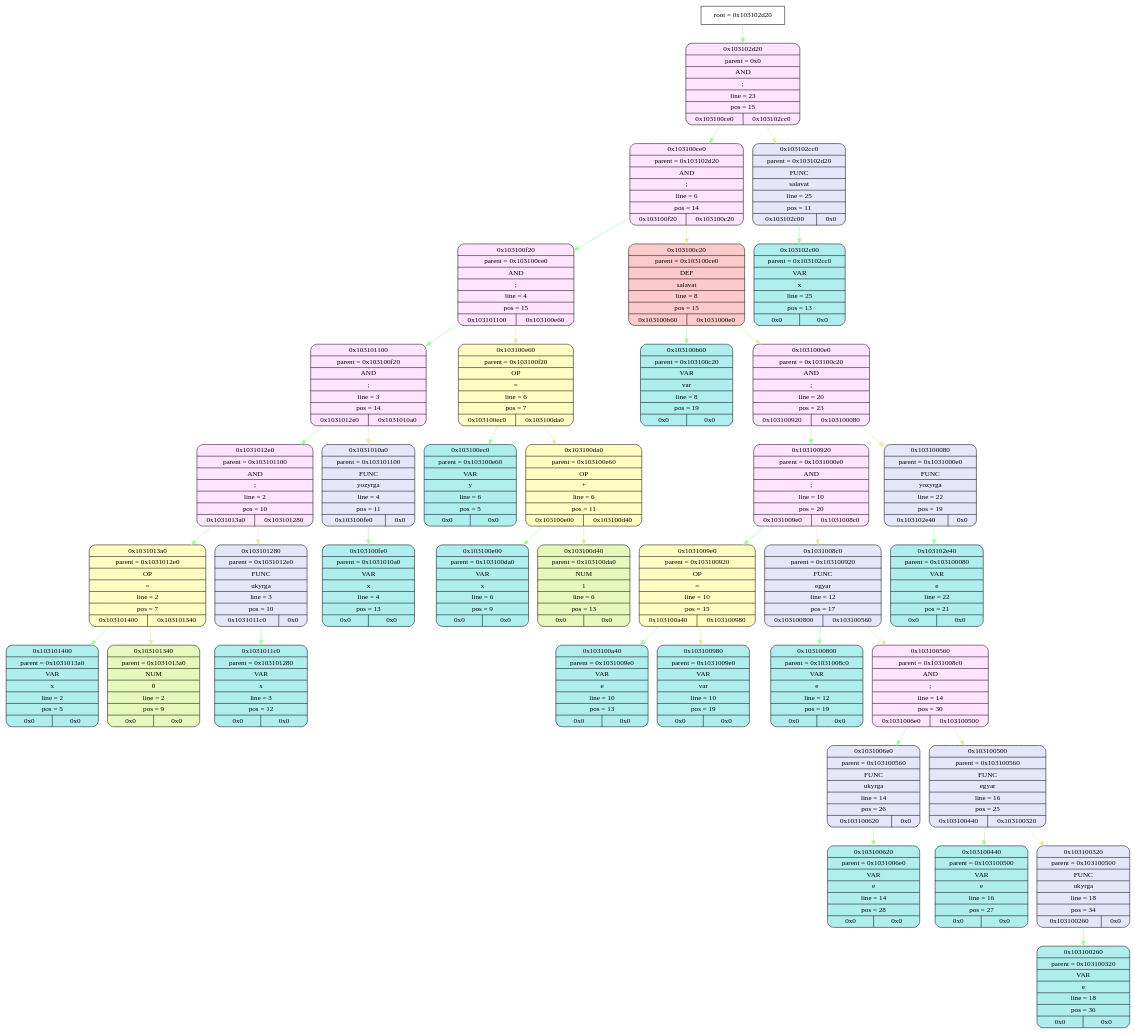
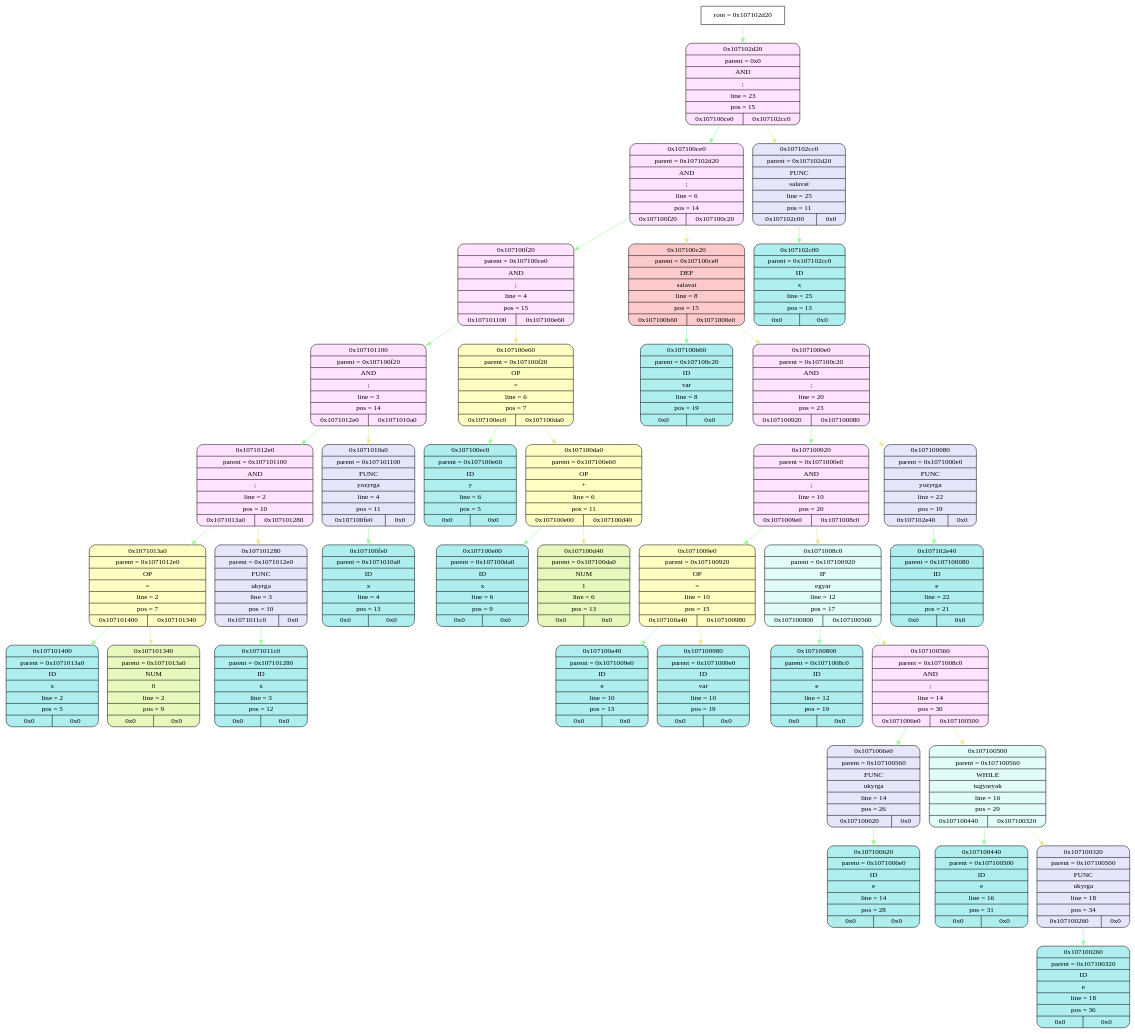
The diagram in frontend/tmp/graphviz.dot (esgalimov/language), drawn with Graphviz before and after one commit. The commit also changed 10 other files, not shown here.

```diff
--- a/frontend/tmp/graphviz.dot
+++ b/frontend/tmp/graphviz.dot
@@ -1,116 +1,116 @@
 digraph
 {
-    node_info[shape = record, label = "{root = 0x103102d20}"];
+    node_info[shape = record, label = "{root = 0x107102d20}"];
 
-    node_info->node_0x103102d20 [color = "#98FB98"];
-    node_0x103102d20[shape = Mrecord, label = "{{0x103102d20} | {parent =  0x0} | {AND} | {;} | {line = 23} | {pos = 15} | {0x103100ce0 | 0x103102cc0}}",
-                style="filled", fillcolor="#FFE3FF"];
-    node_0x103100ce0[shape = Mrecord, label = "{{0x103100ce0} | {parent =  0x103102d20} | {AND} | {;} | {line = 6} | {pos = 14} | {0x103100f20 | 0x103100c20}}",
-                style="filled", fillcolor="#FFE3FF"];
-    node_0x103100f20[shape = Mrecord, label = "{{0x103100f20} | {parent =  0x103100ce0} | {AND} | {;} | {line = 4} | {pos = 15} | {0x103101100 | 0x103100e60}}",
-                style="filled", fillcolor="#FFE3FF"];
-    node_0x103101100[shape = Mrecord, label = "{{0x103101100} | {parent =  0x103100f20} | {AND} | {;} | {line = 3} | {pos = 14} | {0x1031012e0 | 0x1031010a0}}",
-                style="filled", fillcolor="#FFE3FF"];
-    node_0x1031012e0[shape = Mrecord, label = "{{0x1031012e0} | {parent =  0x103101100} | {AND} | {;} | {line = 2} | {pos = 10} | {0x1031013a0 | 0x103101280}}",
-                style="filled", fillcolor="#FFE3FF"];
-    node_0x1031013a0[shape = Mrecord, label = "{{0x1031013a0} | {parent =  0x1031012e0} | {OP} | {=} | {line = 2} | {pos = 7} | {0x103101400 | 0x103101340}}",
-                style="filled", fillcolor="#FFFDC2"];
-    node_0x103101400[shape = Mrecord, label = "{{0x103101400} | {parent =  0x1031013a0} | {VAR} | {x} | {line = 2} | {pos = 5} | {0x0 | 0x0}}",
-                style="filled", fillcolor="#AFEEEE"];
-    node_0x103101340[shape = Mrecord, label = "{{0x103101340} | {parent =  0x1031013a0} | {NUM} | {0} | {line = 2} | {pos = 9} | {0x0 | 0x0}}",
+    node_info->node_0x107102d20 [color = "#98FB98"];
+    node_0x107102d20[shape = Mrecord, label = "{{0x107102d20} | {parent =  0x0} | {AND} | {;} | {line = 23} | {pos = 15} | {0x107100ce0 | 0x107102cc0}}",
+                                        style="filled", fillcolor="#FFE3FF"];
+    node_0x107100ce0[shape = Mrecord, label = "{{0x107100ce0} | {parent =  0x107102d20} | {AND} | {;} | {line = 6} | {pos = 14} | {0x107100f20 | 0x107100c20}}",
+                                        style="filled", fillcolor="#FFE3FF"];
+    node_0x107100f20[shape = Mrecord, label = "{{0x107100f20} | {parent =  0x107100ce0} | {AND} | {;} | {line = 4} | {pos = 15} | {0x107101100 | 0x107100e60}}",
+                                        style="filled", fillcolor="#FFE3FF"];
+    node_0x107101100[shape = Mrecord, label = "{{0x107101100} | {parent =  0x107100f20} | {AND} | {;} | {line = 3} | {pos = 14} | {0x1071012e0 | 0x1071010a0}}",
+                                        style="filled", fillcolor="#FFE3FF"];
+    node_0x1071012e0[shape = Mrecord, label = "{{0x1071012e0} | {parent =  0x107101100} | {AND} | {;} | {line = 2} | {pos = 10} | {0x1071013a0 | 0x107101280}}",
+                                        style="filled", fillcolor="#FFE3FF"];
+    node_0x1071013a0[shape = Mrecord, label = "{{0x1071013a0} | {parent =  0x1071012e0} | {OP} | {=} | {line = 2} | {pos = 7} | {0x107101400 | 0x107101340}}",
+                                        style="filled", fillcolor="#FFFDC2"];
+    node_0x107101400[shape = Mrecord, label = "{{0x107101400} | {parent =  0x1071013a0} | {ID} | {x} | {line = 2} | {pos = 5} | {0x0 | 0x0}}",
+                                        style="filled", fillcolor="#AFEEEE"];
+    node_0x107101340[shape = Mrecord, label = "{{0x107101340} | {parent =  0x1071013a0} | {NUM} | {0} | {line = 2} | {pos = 9} | {0x0 | 0x0}}",
                 style="filled", fillcolor="#E7F8BC"];
-    node_0x103101280[shape = Mrecord, label = "{{0x103101280} | {parent =  0x1031012e0} | {FUNC} | {ukyrga} | {line = 3} | {pos = 10} | {0x1031011c0 | 0x0}}",
-                style="filled", fillcolor="#E6E6FA"];
-    node_0x1031011c0[shape = Mrecord, label = "{{0x1031011c0} | {parent =  0x103101280} | {VAR} | {x} | {line = 3} | {pos = 12} | {0x0 | 0x0}}",
-                style="filled", fillcolor="#AFEEEE"];
-    node_0x1031010a0[shape = Mrecord, label = "{{0x1031010a0} | {parent =  0x103101100} | {FUNC} | {yozyrga} | {line = 4} | {pos = 11} | {0x103100fe0 | 0x0}}",
-                style="filled", fillcolor="#E6E6FA"];
-    node_0x103100fe0[shape = Mrecord, label = "{{0x103100fe0} | {parent =  0x1031010a0} | {VAR} | {x} | {line = 4} | {pos = 13} | {0x0 | 0x0}}",
-                style="filled", fillcolor="#AFEEEE"];
-    node_0x103100e60[shape = Mrecord, label = "{{0x103100e60} | {parent =  0x103100f20} | {OP} | {=} | {line = 6} | {pos = 7} | {0x103100ec0 | 0x103100da0}}",
-                style="filled", fillcolor="#FFFDC2"];
-    node_0x103100ec0[shape = Mrecord, label = "{{0x103100ec0} | {parent =  0x103100e60} | {VAR} | {y} | {line = 6} | {pos = 5} | {0x0 | 0x0}}",
-                style="filled", fillcolor="#AFEEEE"];
-    node_0x103100da0[shape = Mrecord, label = "{{0x103100da0} | {parent =  0x103100e60} | {OP} | {+} | {line = 6} | {pos = 11} | {0x103100e00 | 0x103100d40}}",
-                style="filled", fillcolor="#FFFDC2"];
-    node_0x103100e00[shape = Mrecord, label = "{{0x103100e00} | {parent =  0x103100da0} | {VAR} | {x} | {line = 6} | {pos = 9} | {0x0 | 0x0}}",
-                style="filled", fillcolor="#AFEEEE"];
-    node_0x103100d40[shape = Mrecord, label = "{{0x103100d40} | {parent =  0x103100da0} | {NUM} | {1} | {line = 6} | {pos = 13} | {0x0 | 0x0}}",
+    node_0x107101280[shape = Mrecord, label = "{{0x107101280} | {parent =  0x1071012e0} | {FUNC} | {ukyrga} | {line = 3} | {pos = 10} | {0x1071011c0 | 0x0}}",
+                                        style="filled", fillcolor="#E6E6FA"];
+    node_0x1071011c0[shape = Mrecord, label = "{{0x1071011c0} | {parent =  0x107101280} | {ID} | {x} | {line = 3} | {pos = 12} | {0x0 | 0x0}}",
+                                        style="filled", fillcolor="#AFEEEE"];
+    node_0x1071010a0[shape = Mrecord, label = "{{0x1071010a0} | {parent =  0x107101100} | {FUNC} | {yozyrga} | {line = 4} | {pos = 11} | {0x107100fe0 | 0x0}}",
+                                        style="filled", fillcolor="#E6E6FA"];
+    node_0x107100fe0[shape = Mrecord, label = "{{0x107100fe0} | {parent =  0x1071010a0} | {ID} | {x} | {line = 4} | {pos = 13} | {0x0 | 0x0}}",
+                                        style="filled", fillcolor="#AFEEEE"];
+    node_0x107100e60[shape = Mrecord, label = "{{0x107100e60} | {parent =  0x107100f20} | {OP} | {=} | {line = 6} | {pos = 7} | {0x107100ec0 | 0x107100da0}}",
+                                        style="filled", fillcolor="#FFFDC2"];
+    node_0x107100ec0[shape = Mrecord, label = "{{0x107100ec0} | {parent =  0x107100e60} | {ID} | {y} | {line = 6} | {pos = 5} | {0x0 | 0x0}}",
+                                        style="filled", fillcolor="#AFEEEE"];
+    node_0x107100da0[shape = Mrecord, label = "{{0x107100da0} | {parent =  0x107100e60} | {OP} | {+} | {line = 6} | {pos = 11} | {0x107100e00 | 0x107100d40}}",
+                                        style="filled", fillcolor="#FFFDC2"];
+    node_0x107100e00[shape = Mrecord, label = "{{0x107100e00} | {parent =  0x107100da0} | {ID} | {x} | {line = 6} | {pos = 9} | {0x0 | 0x0}}",
+                                        style="filled", fillcolor="#AFEEEE"];
+    node_0x107100d40[shape = Mrecord, label = "{{0x107100d40} | {parent =  0x107100da0} | {NUM} | {1} | {line = 6} | {pos = 13} | {0x0 | 0x0}}",
                 style="filled", fillcolor="#E7F8BC"];
-    node_0x103100c20[shape = Mrecord, label = "{{0x103100c20} | {parent =  0x103100ce0} | {DEF} | {salavat} | {line = 8} | {pos = 15} | {0x103100b60 | 0x1031000e0}}",
-                style="filled", fillcolor="#FCCACA"];
-    node_0x103100b60[shape = Mrecord, label = "{{0x103100b60} | {parent =  0x103100c20} | {VAR} | {var} | {line = 8} | {pos = 19} | {0x0 | 0x0}}",
-                style="filled", fillcolor="#AFEEEE"];
-    node_0x1031000e0[shape = Mrecord, label = "{{0x1031000e0} | {parent =  0x103100c20} | {AND} | {;} | {line = 20} | {pos = 23} | {0x103100920 | 0x103100080}}",
-                style="filled", fillcolor="#FFE3FF"];
-    node_0x103100920[shape = Mrecord, label = "{{0x103100920} | {parent =  0x1031000e0} | {AND} | {;} | {line = 10} | {pos = 20} | {0x1031009e0 | 0x1031008c0}}",
-                style="filled", fillcolor="#FFE3FF"];
-    node_0x1031009e0[shape = Mrecord, label = "{{0x1031009e0} | {parent =  0x103100920} | {OP} | {=} | {line = 10} | {pos = 15} | {0x103100a40 | 0x103100980}}",
-                style="filled", fillcolor="#FFFDC2"];
-    node_0x103100a40[shape = Mrecord, label = "{{0x103100a40} | {parent =  0x1031009e0} | {VAR} | {e} | {line = 10} | {pos = 13} | {0x0 | 0x0}}",
-                style="filled", fillcolor="#AFEEEE"];
-    node_0x103100980[shape = Mrecord, label = "{{0x103100980} | {parent =  0x1031009e0} | {VAR} | {var} | {line = 10} | {pos = 19} | {0x0 | 0x0}}",
-                style="filled", fillcolor="#AFEEEE"];
-    node_0x1031008c0[shape = Mrecord, label = "{{0x1031008c0} | {parent =  0x103100920} | {FUNC} | {egyar} | {line = 12} | {pos = 17} | {0x103100800 | 0x103100560}}",
-                style="filled", fillcolor="#E6E6FA"];
-    node_0x103100800[shape = Mrecord, label = "{{0x103100800} | {parent =  0x1031008c0} | {VAR} | {e} | {line = 12} | {pos = 19} | {0x0 | 0x0}}",
-                style="filled", fillcolor="#AFEEEE"];
-    node_0x103100560[shape = Mrecord, label = "{{0x103100560} | {parent =  0x1031008c0} | {AND} | {;} | {line = 14} | {pos = 30} | {0x1031006e0 | 0x103100500}}",
-                style="filled", fillcolor="#FFE3FF"];
-    node_0x1031006e0[shape = Mrecord, label = "{{0x1031006e0} | {parent =  0x103100560} | {FUNC} | {ukyrga} | {line = 14} | {pos = 26} | {0x103100620 | 0x0}}",
-                style="filled", fillcolor="#E6E6FA"];
-    node_0x103100620[shape = Mrecord, label = "{{0x103100620} | {parent =  0x1031006e0} | {VAR} | {e} | {line = 14} | {pos = 28} | {0x0 | 0x0}}",
-                style="filled", fillcolor="#AFEEEE"];
-    node_0x103100500[shape = Mrecord, label = "{{0x103100500} | {parent =  0x103100560} | {FUNC} | {egyar} | {line = 16} | {pos = 25} | {0x103100440 | 0x103100320}}",
-                style="filled", fillcolor="#E6E6FA"];
-    node_0x103100440[shape = Mrecord, label = "{{0x103100440} | {parent =  0x103100500} | {VAR} | {e} | {line = 16} | {pos = 27} | {0x0 | 0x0}}",
-                style="filled", fillcolor="#AFEEEE"];
-    node_0x103100320[shape = Mrecord, label = "{{0x103100320} | {parent =  0x103100500} | {FUNC} | {ukyrga} | {line = 18} | {pos = 34} | {0x103100260 | 0x0}}",
-                style="filled", fillcolor="#E6E6FA"];
-    node_0x103100260[shape = Mrecord, label = "{{0x103100260} | {parent =  0x103100320} | {VAR} | {e} | {line = 18} | {pos = 36} | {0x0 | 0x0}}",
-                style="filled", fillcolor="#AFEEEE"];
-    node_0x103100080[shape = Mrecord, label = "{{0x103100080} | {parent =  0x1031000e0} | {FUNC} | {yozyrga} | {line = 22} | {pos = 19} | {0x103102e40 | 0x0}}",
-                style="filled", fillcolor="#E6E6FA"];
-    node_0x103102e40[shape = Mrecord, label = "{{0x103102e40} | {parent =  0x103100080} | {VAR} | {e} | {line = 22} | {pos = 21} | {0x0 | 0x0}}",
-                style="filled", fillcolor="#AFEEEE"];
-    node_0x103102cc0[shape = Mrecord, label = "{{0x103102cc0} | {parent =  0x103102d20} | {FUNC} | {salavat} | {line = 25} | {pos = 11} | {0x103102c00 | 0x0}}",
-                style="filled", fillcolor="#E6E6FA"];
-    node_0x103102c00[shape = Mrecord, label = "{{0x103102c00} | {parent =  0x103102cc0} | {VAR} | {x} | {line = 25} | {pos = 13} | {0x0 | 0x0}}",
-                style="filled", fillcolor="#AFEEEE"];
-    node_0x103102d20->node_0x103100ce0 [color = "#98FB98"];
-    node_0x103100ce0->node_0x103100f20 [color = "#98FB98"];
-    node_0x103100f20->node_0x103101100 [color = "#98FB98"];
-    node_0x103101100->node_0x1031012e0 [color = "#98FB98"];
-    node_0x1031012e0->node_0x1031013a0 [color = "#98FB98"];
-    node_0x1031013a0->node_0x103101400 [color = "#98FB98"];
-    node_0x1031013a0->node_0x103101340 [color = "#F0E68C"];
-    node_0x1031012e0->node_0x103101280 [color = "#F0E68C"];
-    node_0x103101280->node_0x1031011c0 [color = "#98FB98"];
-    node_0x103101100->node_0x1031010a0 [color = "#F0E68C"];
-    node_0x1031010a0->node_0x103100fe0 [color = "#98FB98"];
-    node_0x103100f20->node_0x103100e60 [color = "#F0E68C"];
-    node_0x103100e60->node_0x103100ec0 [color = "#98FB98"];
-    node_0x103100e60->node_0x103100da0 [color = "#F0E68C"];
-    node_0x103100da0->node_0x103100e00 [color = "#98FB98"];
-    node_0x103100da0->node_0x103100d40 [color = "#F0E68C"];
-    node_0x103100ce0->node_0x103100c20 [color = "#F0E68C"];
-    node_0x103100c20->node_0x103100b60 [color = "#98FB98"];
-    node_0x103100c20->node_0x1031000e0 [color = "#F0E68C"];
-    node_0x1031000e0->node_0x103100920 [color = "#98FB98"];
-    node_0x103100920->node_0x1031009e0 [color = "#98FB98"];
-    node_0x1031009e0->node_0x103100a40 [color = "#98FB98"];
-    node_0x1031009e0->node_0x103100980 [color = "#F0E68C"];
-    node_0x103100920->node_0x1031008c0 [color = "#F0E68C"];
-    node_0x1031008c0->node_0x103100800 [color = "#98FB98"];
-    node_0x1031008c0->node_0x103100560 [color = "#F0E68C"];
-    node_0x103100560->node_0x1031006e0 [color = "#98FB98"];
-    node_0x1031006e0->node_0x103100620 [color = "#98FB98"];
-    node_0x103100560->node_0x103100500 [color = "#F0E68C"];
-    node_0x103100500->node_0x103100440 [color = "#98FB98"];
-    node_0x103100500->node_0x103100320 [color = "#F0E68C"];
-    node_0x103100320->node_0x103100260 [color = "#98FB98"];
-    node_0x1031000e0->node_0x103100080 [color = "#F0E68C"];
-    node_0x103100080->node_0x103102e40 [color = "#98FB98"];
-    node_0x103102d20->node_0x103102cc0 [color = "#F0E68C"];
-    node_0x103102cc0->node_0x103102c00 [color = "#98FB98"];
+    node_0x107100c20[shape = Mrecord, label = "{{0x107100c20} | {parent =  0x107100ce0} | {DEF} | {salavat} | {line = 8} | {pos = 15} | {0x107100b60 | 0x1071000e0}}",
+                                        style="filled", fillcolor="#FCCACA"];
+    node_0x107100b60[shape = Mrecord, label = "{{0x107100b60} | {parent =  0x107100c20} | {ID} | {var} | {line = 8} | {pos = 19} | {0x0 | 0x0}}",
+                                        style="filled", fillcolor="#AFEEEE"];
+    node_0x1071000e0[shape = Mrecord, label = "{{0x1071000e0} | {parent =  0x107100c20} | {AND} | {;} | {line = 20} | {pos = 23} | {0x107100920 | 0x107100080}}",
+                                        style="filled", fillcolor="#FFE3FF"];
+    node_0x107100920[shape = Mrecord, label = "{{0x107100920} | {parent =  0x1071000e0} | {AND} | {;} | {line = 10} | {pos = 20} | {0x1071009e0 | 0x1071008c0}}",
+                                        style="filled", fillcolor="#FFE3FF"];
+    node_0x1071009e0[shape = Mrecord, label = "{{0x1071009e0} | {parent =  0x107100920} | {OP} | {=} | {line = 10} | {pos = 15} | {0x107100a40 | 0x107100980}}",
+                                        style="filled", fillcolor="#FFFDC2"];
+    node_0x107100a40[shape = Mrecord, label = "{{0x107100a40} | {parent =  0x1071009e0} | {ID} | {e} | {line = 10} | {pos = 13} | {0x0 | 0x0}}",
+                                        style="filled", fillcolor="#AFEEEE"];
+    node_0x107100980[shape = Mrecord, label = "{{0x107100980} | {parent =  0x1071009e0} | {ID} | {var} | {line = 10} | {pos = 19} | {0x0 | 0x0}}",
+                                        style="filled", fillcolor="#AFEEEE"];
+    node_0x1071008c0[shape = Mrecord, label = "{{0x1071008c0} | {parent =  0x107100920} | {IF} | {egyar} | {line = 12} | {pos = 17} | {0x107100800 | 0x107100560}}",
+                                        style="filled", fillcolor="#E1FCF9"];
+    node_0x107100800[shape = Mrecord, label = "{{0x107100800} | {parent =  0x1071008c0} | {ID} | {e} | {line = 12} | {pos = 19} | {0x0 | 0x0}}",
+                                        style="filled", fillcolor="#AFEEEE"];
+    node_0x107100560[shape = Mrecord, label = "{{0x107100560} | {parent =  0x1071008c0} | {AND} | {;} | {line = 14} | {pos = 30} | {0x1071006e0 | 0x107100500}}",
+                                        style="filled", fillcolor="#FFE3FF"];
+    node_0x1071006e0[shape = Mrecord, label = "{{0x1071006e0} | {parent =  0x107100560} | {FUNC} | {ukyrga} | {line = 14} | {pos = 26} | {0x107100620 | 0x0}}",
+                                        style="filled", fillcolor="#E6E6FA"];
+    node_0x107100620[shape = Mrecord, label = "{{0x107100620} | {parent =  0x1071006e0} | {ID} | {e} | {line = 14} | {pos = 28} | {0x0 | 0x0}}",
+                                        style="filled", fillcolor="#AFEEEE"];
+    node_0x107100500[shape = Mrecord, label = "{{0x107100500} | {parent =  0x107100560} | {WHILE} | {tugyaryak} | {line = 16} | {pos = 29} | {0x107100440 | 0x107100320}}",
+                                        style="filled", fillcolor="#E1FCF9"];
+    node_0x107100440[shape = Mrecord, label = "{{0x107100440} | {parent =  0x107100500} | {ID} | {e} | {line = 16} | {pos = 31} | {0x0 | 0x0}}",
+                                        style="filled", fillcolor="#AFEEEE"];
+    node_0x107100320[shape = Mrecord, label = "{{0x107100320} | {parent =  0x107100500} | {FUNC} | {ukyrga} | {line = 18} | {pos = 34} | {0x107100260 | 0x0}}",
+                                        style="filled", fillcolor="#E6E6FA"];
+    node_0x107100260[shape = Mrecord, label = "{{0x107100260} | {parent =  0x107100320} | {ID} | {e} | {line = 18} | {pos = 36} | {0x0 | 0x0}}",
+                                        style="filled", fillcolor="#AFEEEE"];
+    node_0x107100080[shape = Mrecord, label = "{{0x107100080} | {parent =  0x1071000e0} | {FUNC} | {yozyrga} | {line = 22} | {pos = 19} | {0x107102e40 | 0x0}}",
+                                        style="filled", fillcolor="#E6E6FA"];
+    node_0x107102e40[shape = Mrecord, label = "{{0x107102e40} | {parent =  0x107100080} | {ID} | {e} | {line = 22} | {pos = 21} | {0x0 | 0x0}}",
+                                        style="filled", fillcolor="#AFEEEE"];
+    node_0x107102cc0[shape = Mrecord, label = "{{0x107102cc0} | {parent =  0x107102d20} | {FUNC} | {salavat} | {line = 25} | {pos = 11} | {0x107102c00 | 0x0}}",
+                                        style="filled", fillcolor="#E6E6FA"];
+    node_0x107102c00[shape = Mrecord, label = "{{0x107102c00} | {parent =  0x107102cc0} | {ID} | {x} | {line = 25} | {pos = 13} | {0x0 | 0x0}}",
+                                        style="filled", fillcolor="#AFEEEE"];
+    node_0x107102d20->node_0x107100ce0 [color = "#98FB98"];
+    node_0x107100ce0->node_0x107100f20 [color = "#98FB98"];
+    node_0x107100f20->node_0x107101100 [color = "#98FB98"];
+    node_0x107101100->node_0x1071012e0 [color = "#98FB98"];
+    node_0x1071012e0->node_0x1071013a0 [color = "#98FB98"];
+    node_0x1071013a0->node_0x107101400 [color = "#98FB98"];
+    node_0x1071013a0->node_0x107101340 [color = "#F0E68C"];
+    node_0x1071012e0->node_0x107101280 [color = "#F0E68C"];
+    node_0x107101280->node_0x1071011c0 [color = "#98FB98"];
+    node_0x107101100->node_0x1071010a0 [color = "#F0E68C"];
+    node_0x1071010a0->node_0x107100fe0 [color = "#98FB98"];
+    node_0x107100f20->node_0x107100e60 [color = "#F0E68C"];
+    node_0x107100e60->node_0x107100ec0 [color = "#98FB98"];
+    node_0x107100e60->node_0x107100da0 [color = "#F0E68C"];
+    node_0x107100da0->node_0x107100e00 [color = "#98FB98"];
+    node_0x107100da0->node_0x107100d40 [color = "#F0E68C"];
+    node_0x107100ce0->node_0x107100c20 [color = "#F0E68C"];
+    node_0x107100c20->node_0x107100b60 [color = "#98FB98"];
+    node_0x107100c20->node_0x1071000e0 [color = "#F0E68C"];
+    node_0x1071000e0->node_0x107100920 [color = "#98FB98"];
+    node_0x107100920->node_0x1071009e0 [color = "#98FB98"];
+    node_0x1071009e0->node_0x107100a40 [color = "#98FB98"];
+    node_0x1071009e0->node_0x107100980 [color = "#F0E68C"];
+    node_0x107100920->node_0x1071008c0 [color = "#F0E68C"];
+    node_0x1071008c0->node_0x107100800 [color = "#98FB98"];
+    node_0x1071008c0->node_0x107100560 [color = "#F0E68C"];
+    node_0x107100560->node_0x1071006e0 [color = "#98FB98"];
+    node_0x1071006e0->node_0x107100620 [color = "#98FB98"];
+    node_0x107100560->node_0x107100500 [color = "#F0E68C"];
+    node_0x107100500->node_0x107100440 [color = "#98FB98"];
+    node_0x107100500->node_0x107100320 [color = "#F0E68C"];
+    node_0x107100320->node_0x107100260 [color = "#98FB98"];
+    node_0x1071000e0->node_0x107100080 [color = "#F0E68C"];
+    node_0x107100080->node_0x107102e40 [color = "#98FB98"];
+    node_0x107102d20->node_0x107102cc0 [color = "#F0E68C"];
+    node_0x107102cc0->node_0x107102c00 [color = "#98FB98"];
 }
```
